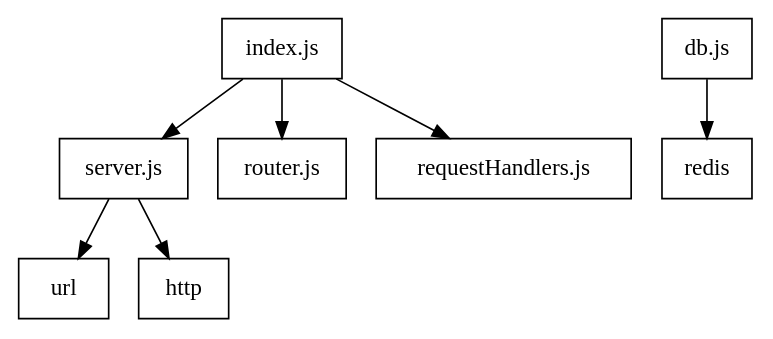
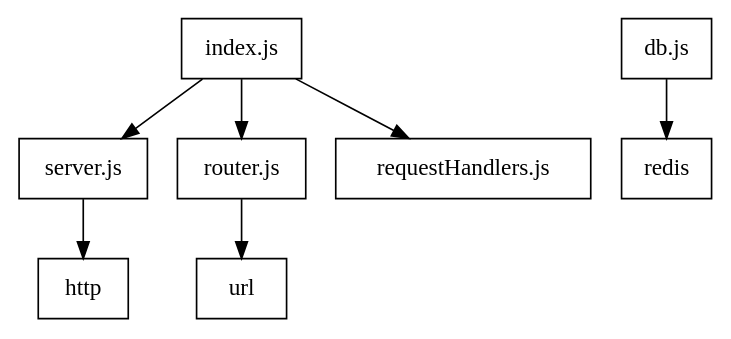
The diagram in docs/rsss.dot (sgoodwin/RSSS-Mark-3), drawn with Graphviz before and after one commit. The commit also changed 3 other files, not shown here.

```diff
--- a/docs/rsss.dot
+++ b/docs/rsss.dot
@@ -1,10 +1,10 @@
 digraph G {
 	node [shape=box];	
 	"index.js" -> "server.js";
 	"index.js" -> "router.js";
 	"index.js" -> "requestHandlers.js";
 	
-	"server.js" -> "url";
+	"router.js" -> "url";
 	"server.js" -> "http";
 	"db.js" -> "redis";
 }
```
